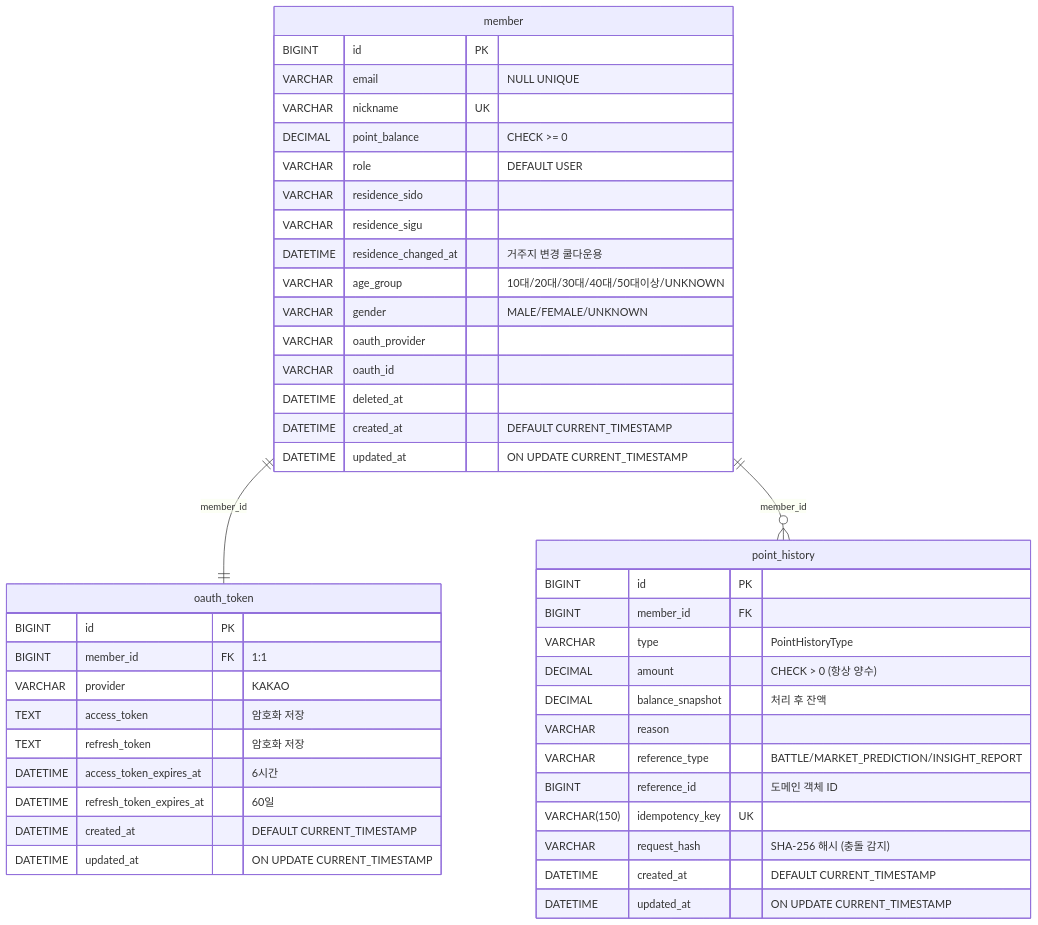
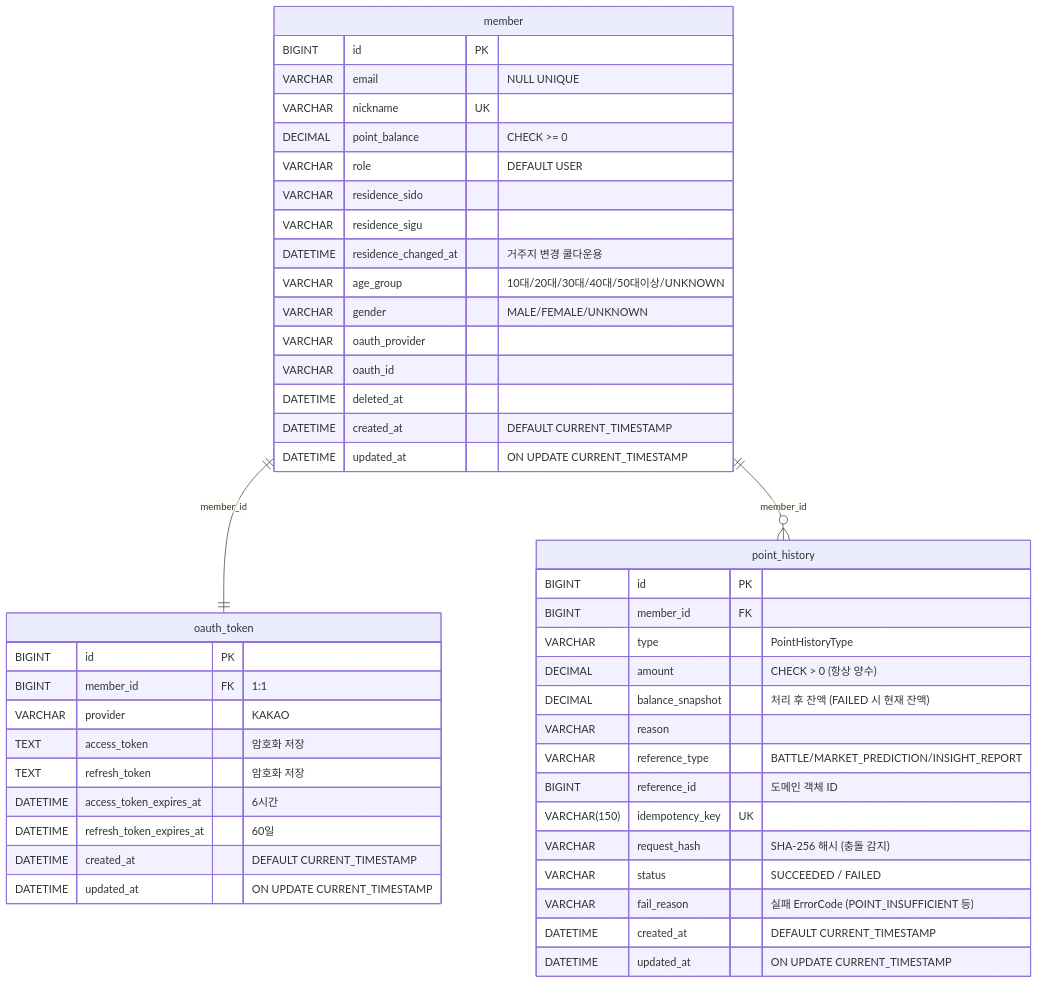
The diagram in docs/member-point/MEMBER_POINT_ERD.md (K-Ghwan99/todongsan), drawn with Mermaid before and after one commit. The commit also changed other lines of this file and 2 other files, not shown here.

First line of the commit message:
docs: transactions API FAILED status 반영 및 amount 정규화 정책 추가

````diff
--- a/docs/member-point/MEMBER_POINT_ERD.md
+++ b/docs/member-point/MEMBER_POINT_ERD.md
@@ -94,50 +96,52 @@
 ```mermaid
 erDiagram
     member {
         BIGINT id PK
         VARCHAR email "NULL UNIQUE"
         VARCHAR nickname UK
         DECIMAL point_balance "CHECK >= 0"
         VARCHAR role "DEFAULT USER"
         VARCHAR residence_sido
         VARCHAR residence_sigu
         DATETIME residence_changed_at "거주지 변경 쿨다운용"
         VARCHAR age_group "10대/20대/30대/40대/50대이상/UNKNOWN"
         VARCHAR gender "MALE/FEMALE/UNKNOWN"
         VARCHAR oauth_provider
         VARCHAR oauth_id
         DATETIME deleted_at
         DATETIME created_at "DEFAULT CURRENT_TIMESTAMP"
         DATETIME updated_at "ON UPDATE CURRENT_TIMESTAMP"
     }
 
     oauth_token {
         BIGINT id PK
         BIGINT member_id FK "1:1"
         VARCHAR provider "KAKAO"
         TEXT access_token "암호화 저장"
         TEXT refresh_token "암호화 저장"
         DATETIME access_token_expires_at "6시간"
         DATETIME refresh_token_expires_at "60일"
         DATETIME created_at "DEFAULT CURRENT_TIMESTAMP"
         DATETIME updated_at "ON UPDATE CURRENT_TIMESTAMP"
     }
 
     point_history {
         BIGINT id PK
         BIGINT member_id FK
         VARCHAR type "PointHistoryType"
         DECIMAL amount "CHECK > 0 (항상 양수)"
-        DECIMAL balance_snapshot "처리 후 잔액"
+        DECIMAL balance_snapshot "처리 후 잔액 (FAILED 시 현재 잔액)"
         VARCHAR reason
         VARCHAR reference_type "BATTLE/MARKET_PREDICTION/INSIGHT_REPORT"
         BIGINT reference_id "도메인 객체 ID"
         VARCHAR(150) idempotency_key UK
         VARCHAR request_hash "SHA-256 해시 (충돌 감지)"
+        VARCHAR status "SUCCEEDED / FAILED"
+        VARCHAR fail_reason "실패 ErrorCode (POINT_INSUFFICIENT 등)"
         DATETIME created_at "DEFAULT CURRENT_TIMESTAMP"
         DATETIME updated_at "ON UPDATE CURRENT_TIMESTAMP"
     }
 
     member ||--|| oauth_token : "member_id"
     member ||--o{ point_history : "member_id"
 ```
````
